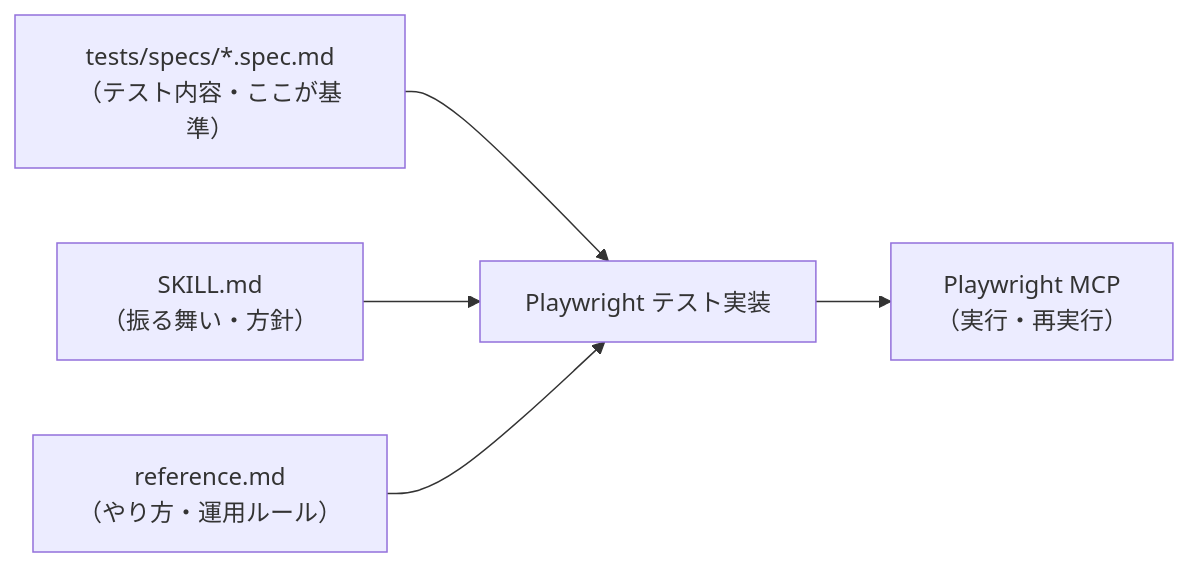
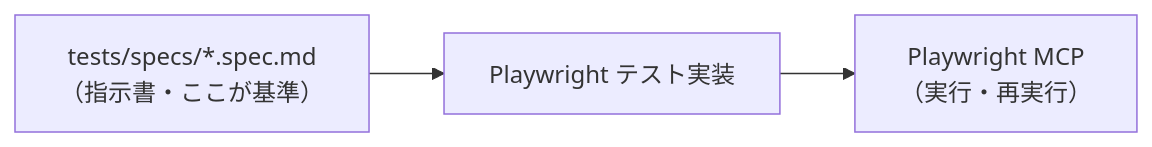
The diagram in articles/playwright-mcp-skills-local-test.md (ttismnb-dayo/zenn-content), drawn with Mermaid before and after one commit. The commit also changed other lines of this file, not shown here.

Commit message:
Add article: Playwright MCP × Skills local test

````diff
--- a/articles/playwright-mcp-skills-local-test.md
+++ b/articles/playwright-mcp-skills-local-test.md
@@ -66,7 +61,5 @@
 ```mermaid
 flowchart LR
-  Spec["tests/specs/*.spec.md<br/>（テスト内容・ここが基準）"] --> Code["Playwright テスト実装"]
-  Skill["SKILL.md<br/>（振る舞い・方針）"] --> Code
-  Ref["reference.md<br/>（やり方・運用ルール）"] --> Code
+  Spec["tests/specs/*.spec.md<br/>（指示書・ここが基準）"] --> Code["Playwright テスト実装"]
   Code --> MCP["Playwright MCP<br/>（実行・再実行）"]
 ```
````
